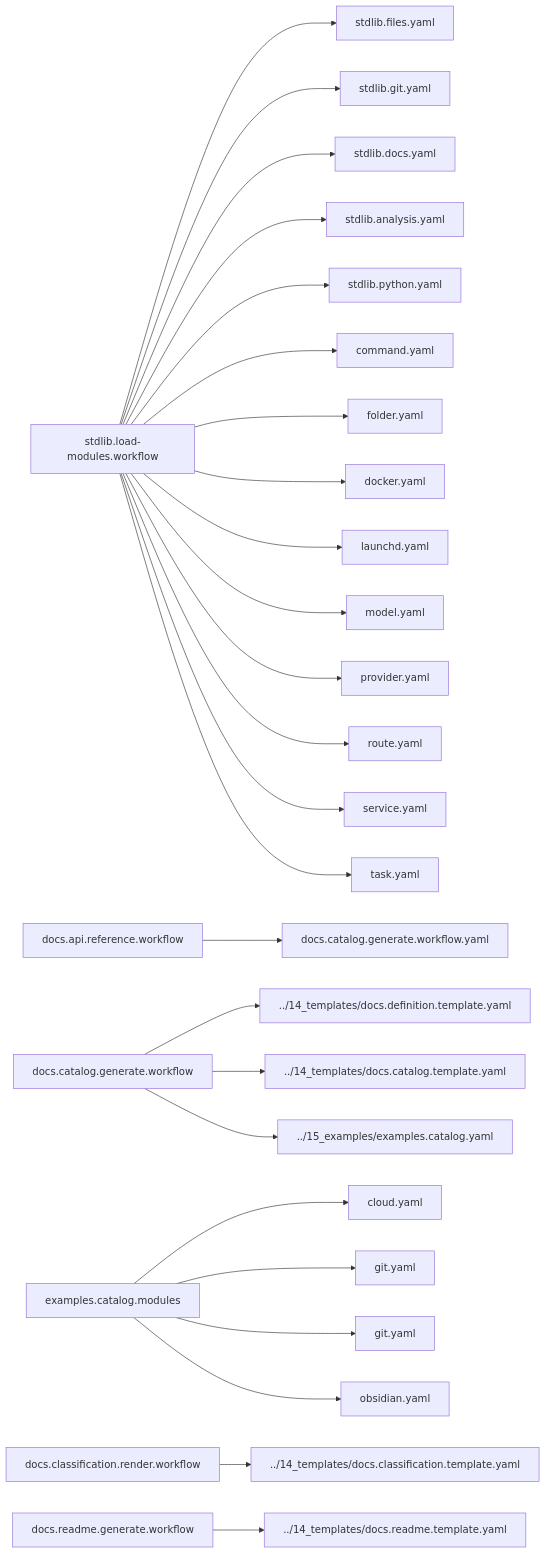
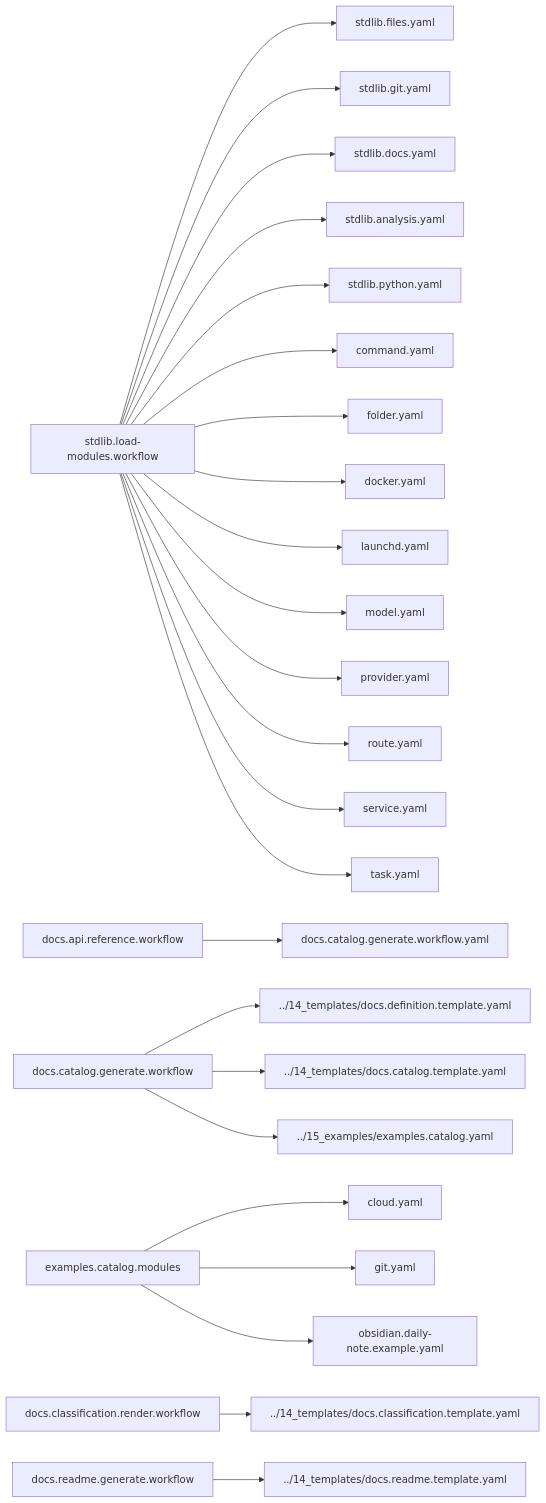
Before and after one commit to kieferwaight/LocalFabric: the second of 2 diagrams in 18_docs/index.md, drawn with Mermaid. The commit also changed other lines of this file and 27 other files, not shown here.

````diff
--- a/18_docs/index.md
+++ b/18_docs/index.md
@@ -1090,27 +1090,26 @@
 ```mermaid
 flowchart LR
 def_stdlib_load_modules_workflow["stdlib.load-modules.workflow"] --> def_stdlib_load_modules_workflow_module_1["stdlib.files.yaml"]
 def_stdlib_load_modules_workflow["stdlib.load-modules.workflow"] --> def_stdlib_load_modules_workflow_module_2["stdlib.git.yaml"]
 def_stdlib_load_modules_workflow["stdlib.load-modules.workflow"] --> def_stdlib_load_modules_workflow_module_3["stdlib.docs.yaml"]
 def_stdlib_load_modules_workflow["stdlib.load-modules.workflow"] --> def_stdlib_load_modules_workflow_module_4["stdlib.analysis.yaml"]
 def_stdlib_load_modules_workflow["stdlib.load-modules.workflow"] --> def_stdlib_load_modules_workflow_module_5["stdlib.python.yaml"]
 def_stdlib_load_modules_workflow["stdlib.load-modules.workflow"] --> def_stdlib_load_modules_workflow_module_6["command.yaml"]
 def_stdlib_load_modules_workflow["stdlib.load-modules.workflow"] --> def_stdlib_load_modules_workflow_module_7["folder.yaml"]
 def_stdlib_load_modules_workflow["stdlib.load-modules.workflow"] --> def_stdlib_load_modules_workflow_module_8["docker.yaml"]
 def_stdlib_load_modules_workflow["stdlib.load-modules.workflow"] --> def_stdlib_load_modules_workflow_module_9["launchd.yaml"]
 def_stdlib_load_modules_workflow["stdlib.load-modules.workflow"] --> def_stdlib_load_modules_workflow_module_10["model.yaml"]
 def_stdlib_load_modules_workflow["stdlib.load-modules.workflow"] --> def_stdlib_load_modules_workflow_module_11["provider.yaml"]
 def_stdlib_load_modules_workflow["stdlib.load-modules.workflow"] --> def_stdlib_load_modules_workflow_module_12["route.yaml"]
 def_stdlib_load_modules_workflow["stdlib.load-modules.workflow"] --> def_stdlib_load_modules_workflow_module_13["service.yaml"]
 def_stdlib_load_modules_workflow["stdlib.load-modules.workflow"] --> def_stdlib_load_modules_workflow_module_14["task.yaml"]
 def_docs_api_reference_workflow["docs.api.reference.workflow"] --> def_docs_api_reference_workflow_module_1["docs.catalog.generate.workflow.yaml"]
 def_docs_catalog_generate_workflow["docs.catalog.generate.workflow"] --> def_docs_catalog_generate_workflow_module_1["../14_templates/docs.definition.template.yaml"]
 def_docs_catalog_generate_workflow["docs.catalog.generate.workflow"] --> def_docs_catalog_generate_workflow_module_2["../14_templates/docs.catalog.template.yaml"]
 def_docs_catalog_generate_workflow["docs.catalog.generate.workflow"] --> def_docs_catalog_generate_workflow_module_3["../15_examples/examples.catalog.yaml"]
 def_examples_catalog_modules["examples.catalog.modules"] --> def_examples_catalog_modules_module_1["cloud.yaml"]
 def_examples_catalog_modules["examples.catalog.modules"] --> def_examples_catalog_modules_module_2["git.yaml"]
-def_examples_catalog_modules["examples.catalog.modules"] --> def_examples_catalog_modules_module_3["git.yaml"]
-def_examples_catalog_modules["examples.catalog.modules"] --> def_examples_catalog_modules_module_4["obsidian.yaml"]
+def_examples_catalog_modules["examples.catalog.modules"] --> def_examples_catalog_modules_module_3["obsidian.daily-note.example.yaml"]
 def_docs_classification_render_workflow["docs.classification.render.workflow"] --> def_docs_classification_render_workflow_module_1["../14_templates/docs.classification.template.yaml"]
 def_docs_readme_generate_workflow["docs.readme.generate.workflow"] --> def_docs_readme_generate_workflow_module_1["../14_templates/docs.readme.template.yaml"]
 ```
````
